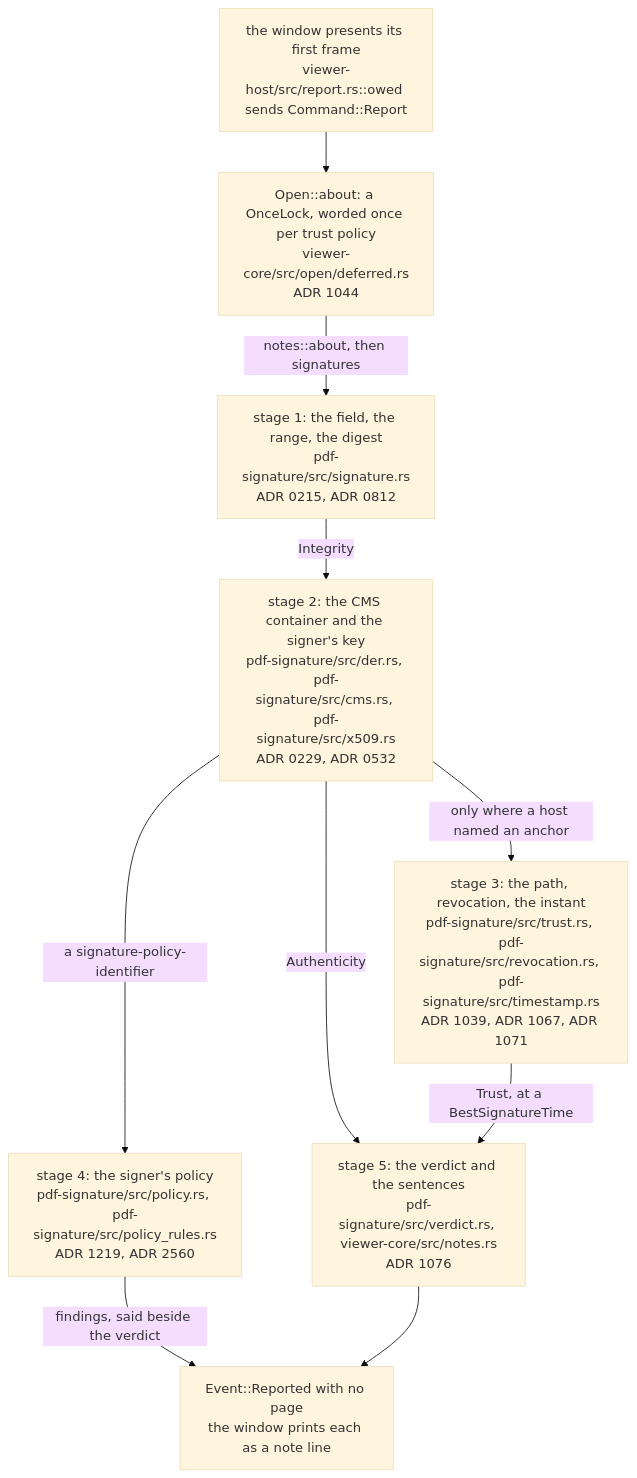
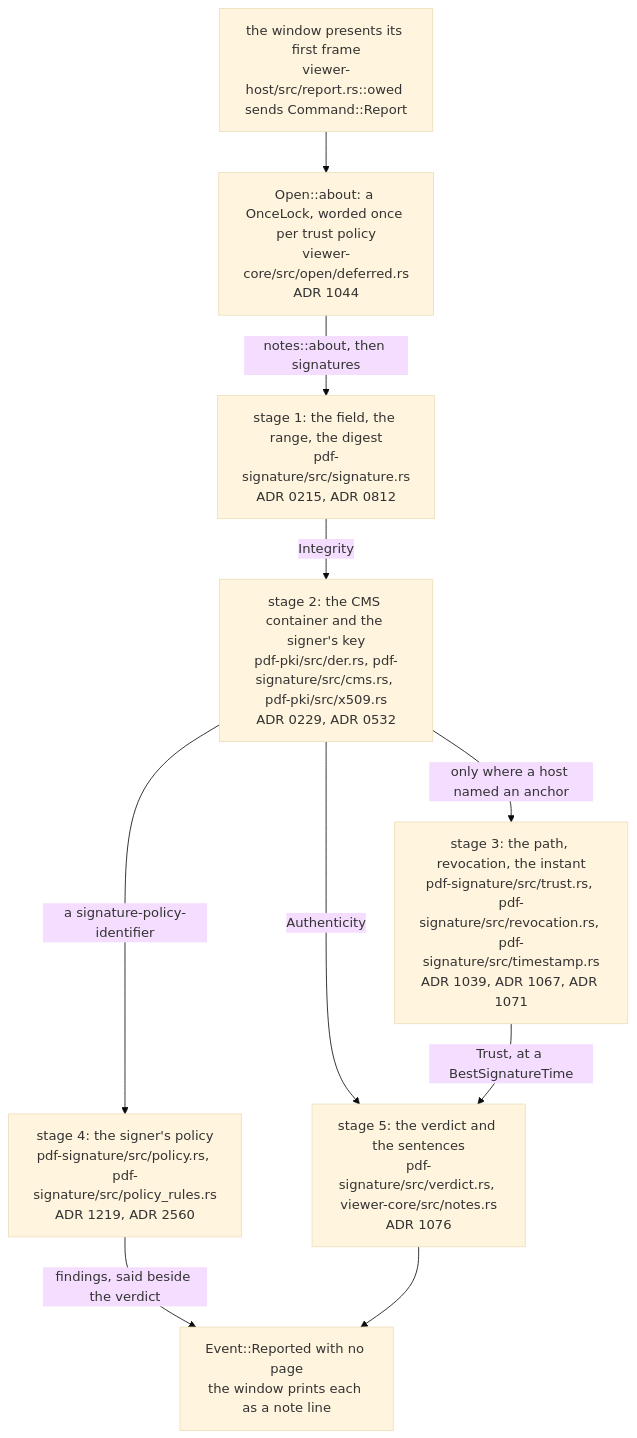
One commit to close2/pdf-viewer changed the first of 6 diagrams in doc/teaching/how-a-signature-is-verified.md. Above: the diagram before and after it, drawn with Mermaid (base theme). The commit also changed other lines of this file and 57 other files, not shown here.

````diff
--- a/doc/teaching/how-a-signature-is-verified.md
+++ b/doc/teaching/how-a-signature-is-verified.md
@@ -85,21 +85,21 @@
 ```mermaid
 flowchart TD
     ASK["the window presents its first frame<br/>viewer-host/src/report.rs::owed sends Command::Report"]
     ONCE["Open::about: a OnceLock, worded once per trust policy<br/>viewer-core/src/open/deferred.rs<br/>ADR 1044"]
     FIND["stage 1: the field, the range, the digest<br/>pdf-signature/src/signature.rs<br/>ADR 0215, ADR 0812"]
-    CMS["stage 2: the CMS container and the signer's key<br/>pdf-signature/src/der.rs, pdf-signature/src/cms.rs, pdf-signature/src/x509.rs<br/>ADR 0229, ADR 0532"]
+    CMS["stage 2: the CMS container and the signer's key<br/>pdf-pki/src/der.rs, pdf-signature/src/cms.rs, pdf-pki/src/x509.rs<br/>ADR 0229, ADR 0532"]
     PATH["stage 3: the path, revocation, the instant<br/>pdf-signature/src/trust.rs, pdf-signature/src/revocation.rs, pdf-signature/src/timestamp.rs<br/>ADR 1039, ADR 1067, ADR 1071"]
     POLICY["stage 4: the signer's policy<br/>pdf-signature/src/policy.rs, pdf-signature/src/policy_rules.rs<br/>ADR 1219, ADR 2560"]
     VERDICT["stage 5: the verdict and the sentences<br/>pdf-signature/src/verdict.rs, viewer-core/src/notes.rs<br/>ADR 1076"]
     SAID["Event::Reported with no page<br/>the window prints each as a note line"]
 
     ASK --> ONCE
     ONCE -->|"notes::about, then signatures"| FIND
     FIND -->|"Integrity"| CMS
     CMS -->|"Authenticity"| VERDICT
     CMS -->|"only where a host named an anchor"| PATH
     PATH -->|"Trust, at a BestSignatureTime"| VERDICT
     CMS -->|"a signature-policy-identifier"| POLICY
     POLICY -->|"findings, said beside the verdict"| SAID
     VERDICT --> SAID
 ```
````
